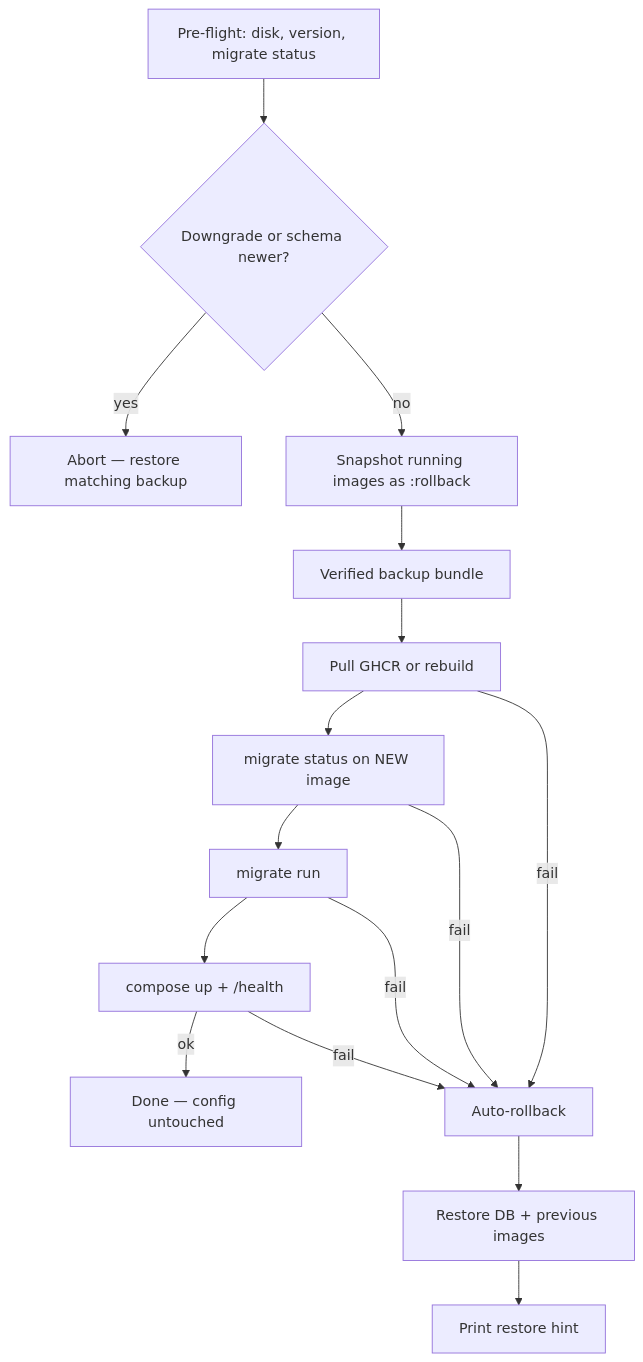
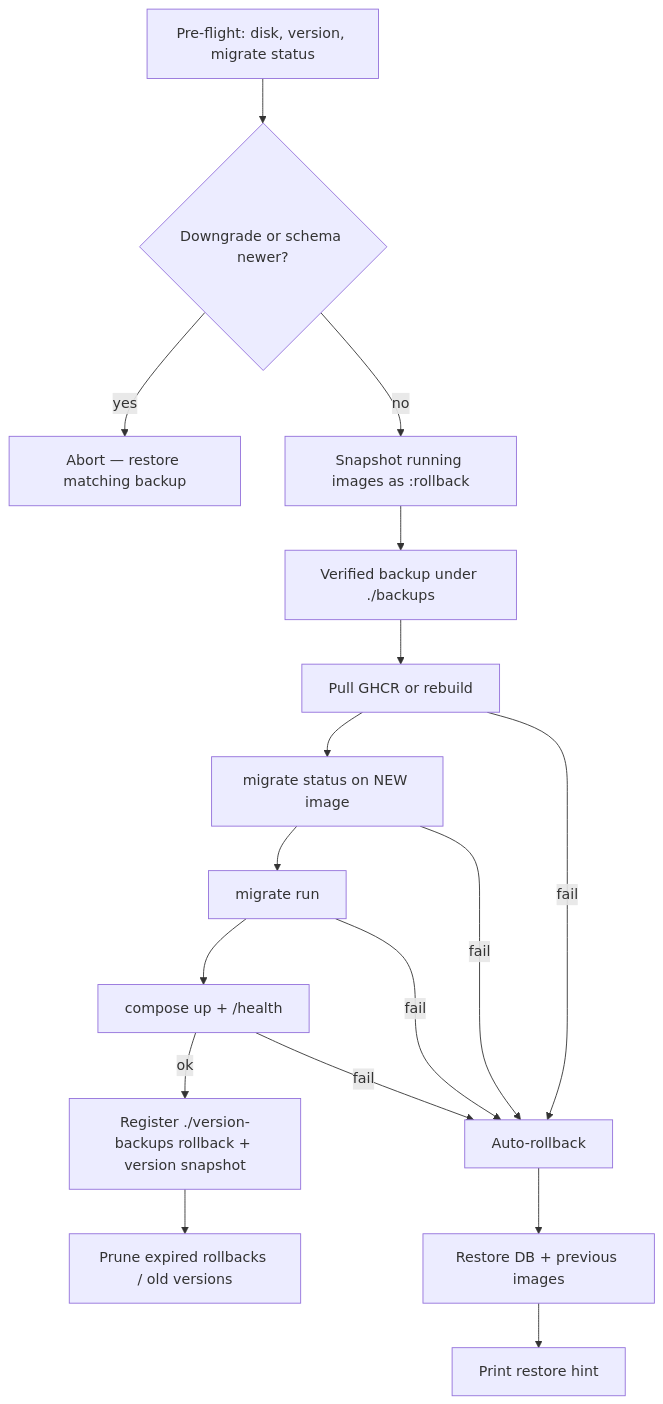
Before and after one commit to Ihor-Meat-Proxy/Vulyk: the first of 2 diagrams in docs/guides/upgrade.md, drawn with Mermaid. The commit also changed other lines of this file and 23 other files, not shown here.

First line of the commit message:
feat: post-upgrade rollback points + version backup retention (#39)

````diff
--- a/docs/guides/upgrade.md
+++ b/docs/guides/upgrade.md
@@ -23,18 +25,19 @@
 ```mermaid
 flowchart TD
   A[Pre-flight: disk, version, migrate status] --> B{Downgrade or schema newer?}
   B -->|yes| Z[Abort — restore matching backup]
   B -->|no| C[Snapshot running images as :rollback]
-  C --> D[Verified backup bundle]
+  C --> D[Verified backup under ./backups]
   D --> E[Pull GHCR or rebuild]
   E --> F[migrate status on NEW image]
   F --> G[migrate run]
   G --> H[compose up + /health]
-  H -->|ok| I[Done — config untouched]
+  H -->|ok| I[Register ./version-backups rollback + version snapshot]
+  I --> J[Prune expired rollbacks / old versions]
   E -->|fail| R[Auto-rollback]
   F -->|fail| R
   G -->|fail| R
   H -->|fail| R
   R --> S[Restore DB + previous images]
   S --> T[Print restore hint]
 ```
````
